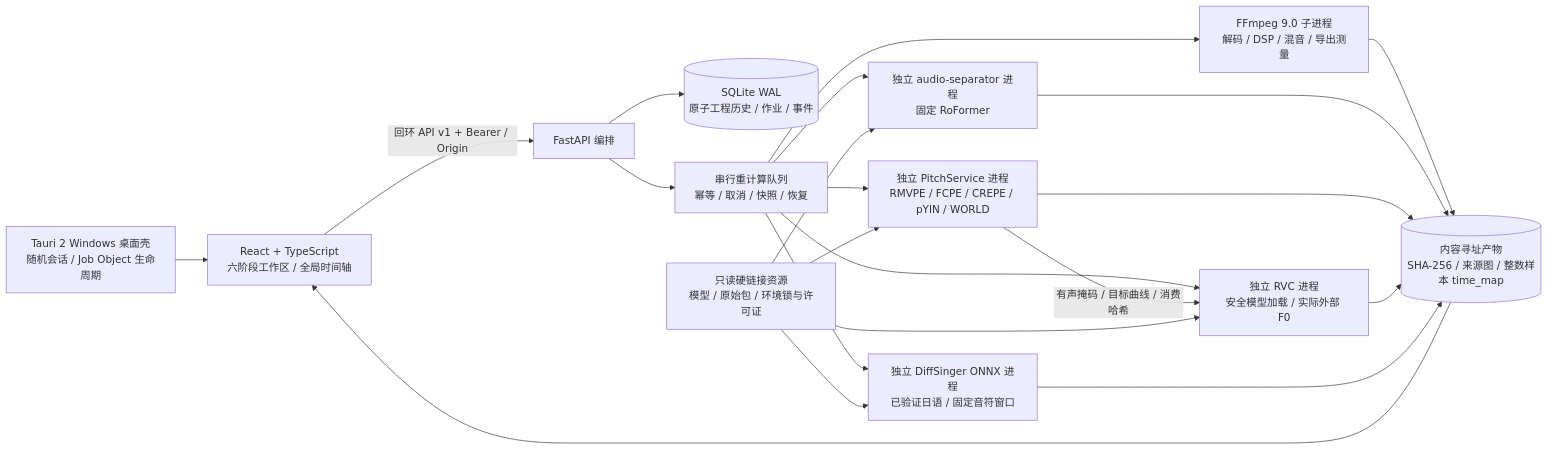
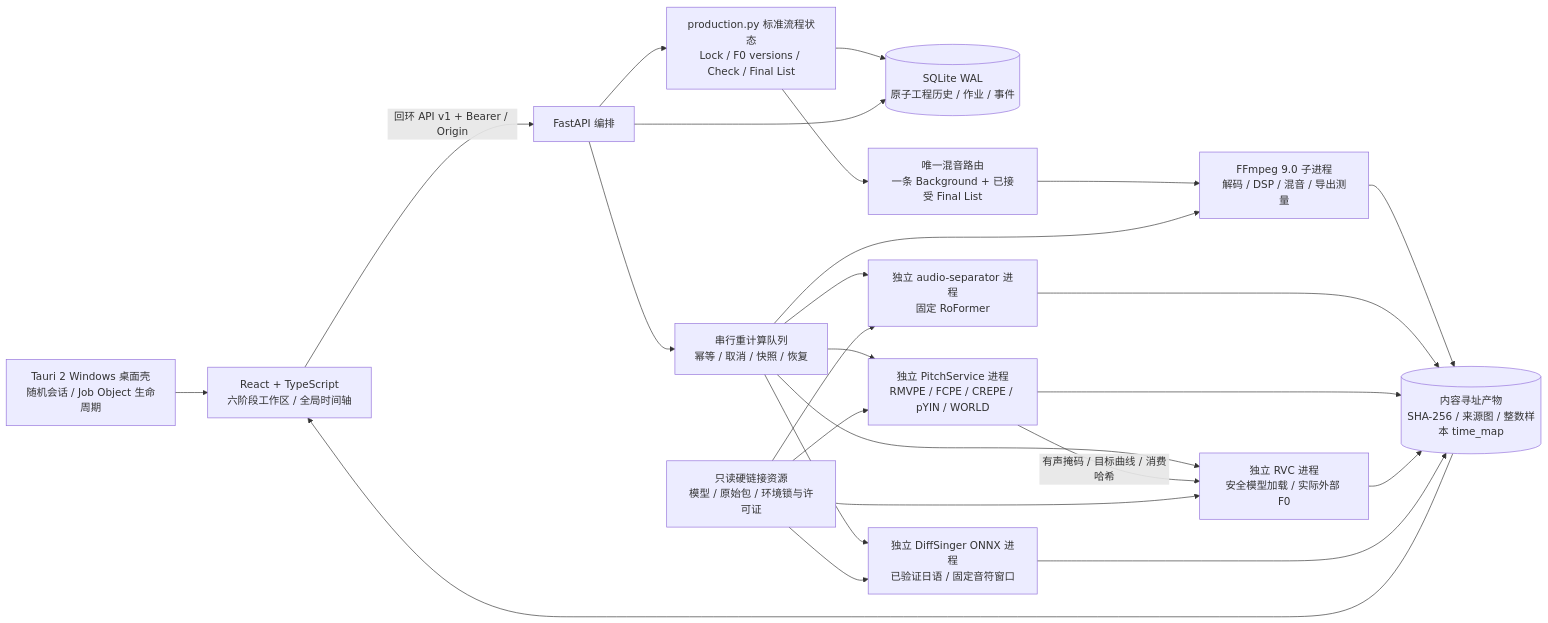
The diagram in docs/architecture.mmd (BF-2/SONORA), drawn with Mermaid before and after one commit. The commit also changed 96 other files, not shown here.

```diff
--- a/docs/architecture.mmd
+++ b/docs/architecture.mmd
@@ -1,14 +1,18 @@
 flowchart LR
   Desktop["Tauri 2 Windows 桌面壳\n随机会话 / Job Object 生命周期"] --> UI["React + TypeScript\n六阶段工作区 / 全局时间轴"]
   UI -->|"回环 API v1 + Bearer / Origin"| API["FastAPI 编排"]
+  API --> Production["production.py 标准流程状态\nLock / F0 versions / Check / Final List"]
+  Production --> DB
+  Production --> Routing["唯一混音路由\n一条 Background + 已接受 Final List"]
+  Routing --> FFmpeg
   API --> DB[("SQLite WAL\n原子工程历史 / 作业 / 事件")]
   API --> Queue["串行重计算队列\n幂等 / 取消 / 快照 / 恢复"]
   Queue --> FFmpeg["FFmpeg 9.0 子进程\n解码 / DSP / 混音 / 导出测量"]
   Queue --> Separation["独立 audio-separator 进程\n固定 RoFormer"]
   Queue --> Pitch["独立 PitchService 进程\nRMVPE / FCPE / CREPE / pYIN / WORLD"]
   Queue --> RVC["独立 RVC 进程\n安全模型加载 / 实际外部 F0"]
   Queue --> SVS["独立 DiffSinger ONNX 进程\n已验证日语 / 固定音符窗口"]
   Pitch -->|"有声掩码 / 目标曲线 / 消费哈希"| RVC
   FFmpeg & Separation & Pitch & RVC & SVS --> Cache[("内容寻址产物\nSHA-256 / 来源图 / 整数样本 time_map")]
   Cache --> UI
   Resources["只读硬链接资源\n模型 / 原始包 / 环境锁与许可证"] --> Separation & Pitch & RVC & SVS
```
